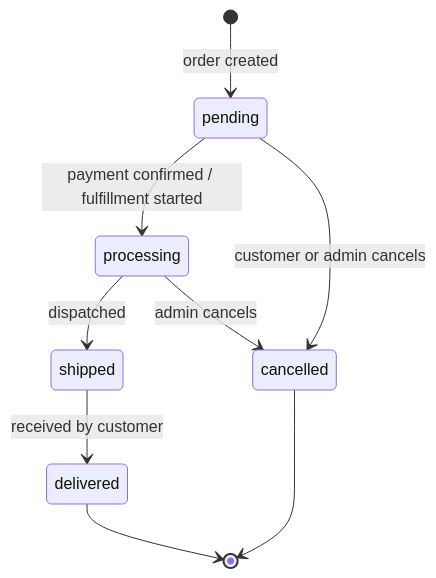
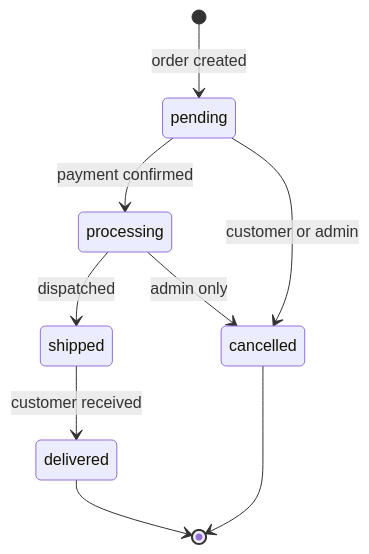
Before and after one commit to akotian-eab/django-ecommerce-lite: the fourth of 5 diagrams in docs/DESIGN.md, drawn with Mermaid. The commit also changed other lines of this file and 7 other files, not shown here.

````diff
--- a/docs/DESIGN.md
+++ b/docs/DESIGN.md
@@ -267,11 +334,11 @@
 ```mermaid
 stateDiagram-v2
     [*] --> pending : order created
-    pending --> processing : payment confirmed / fulfillment started
+    pending --> processing : payment confirmed
     processing --> shipped : dispatched
-    shipped --> delivered : received by customer
-    pending --> cancelled : customer or admin cancels
-    processing --> cancelled : admin cancels
+    shipped --> delivered : customer received
+    pending --> cancelled : customer or admin
+    processing --> cancelled : admin only
     delivered --> [*]
     cancelled --> [*]
 ```
````
